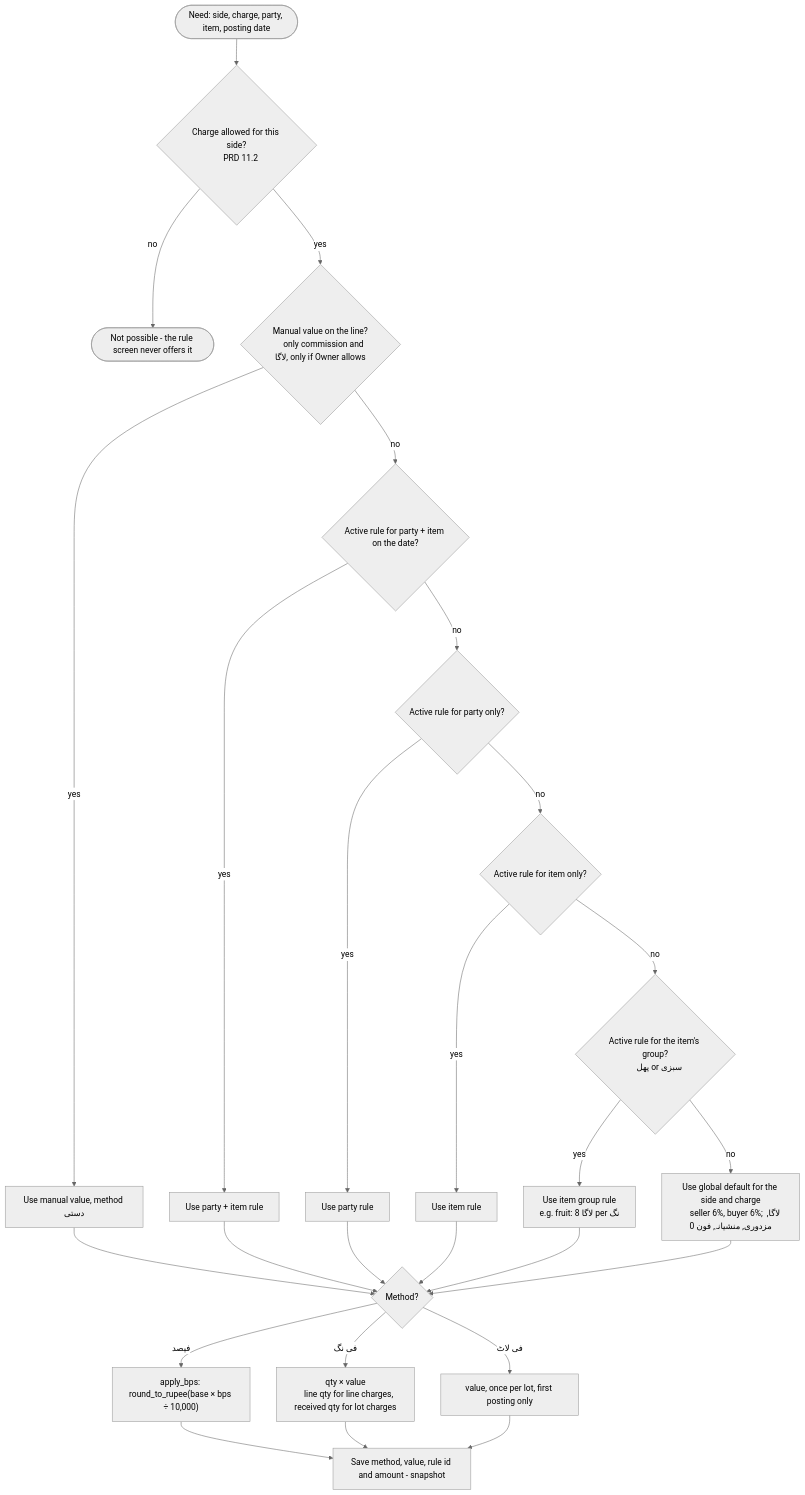
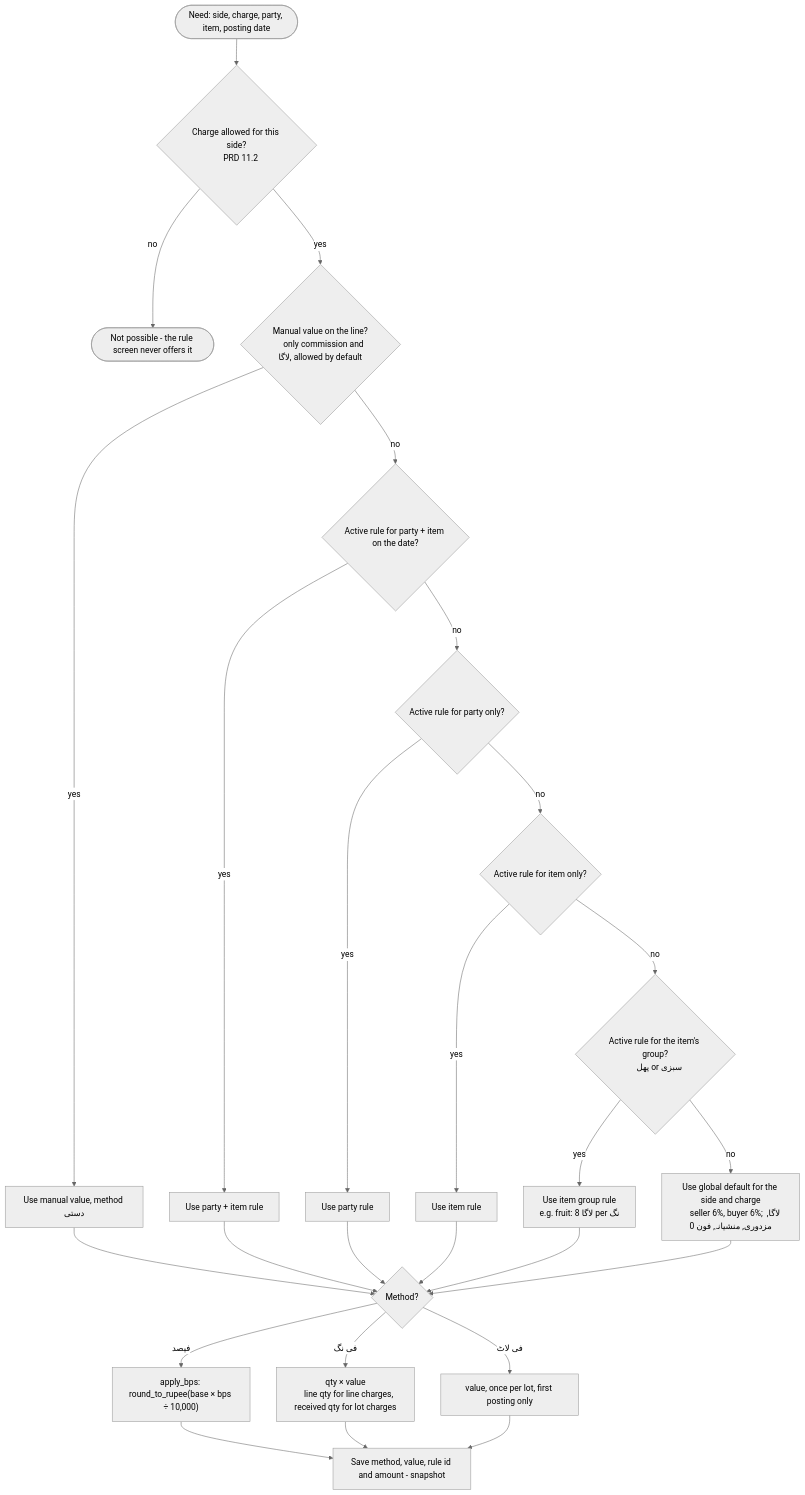
Before and after one commit to FaisalHanif12/Fruits-Mandi-Software: the ninth of 26 diagrams in .claude/rules/Architecture_v1.md, drawn with Mermaid (neutral theme). The commit also changed other lines of this file and 1119 other files, not shown here.

````diff
--- a/.claude/rules/Architecture_v1.md
+++ b/.claude/rules/Architecture_v1.md
@@ -347,27 +353,27 @@
 ```mermaid
 flowchart TD
     START(["Need: side, charge, party, item, posting date"]) --> ALLOW{"Charge allowed for this side?
     PRD 11.2"}
     ALLOW -- no --> NA(["Not possible - the rule screen never offers it"])
     ALLOW -- yes --> P1{"Manual value on the line?
-    only commission and لاگا, only if Owner allows"}
+    only commission and لاگا, allowed by default"}
     P1 -- yes --> USE1["Use manual value, method دستی"]
     P1 -- no --> P2{"Active rule for party + item on the date?"}
     P2 -- yes --> USE2["Use party + item rule"]
     P2 -- no --> P3{"Active rule for party only?"}
     P3 -- yes --> USE3["Use party rule"]
     P3 -- no --> P4{"Active rule for item only?"}
     P4 -- yes --> USE4["Use item rule"]
     P4 -- no --> P5{"Active rule for the item's group?
     پھل or سبزی"}
     P5 -- yes --> USE5["Use item group rule
     e.g. fruit: لاگا 8 per نگ"]
     P5 -- no --> USE6["Use global default for the side and charge
     seller 6%, buyer 6%; لاگا, مزدوری, منشیانہ, فون 0"]
     USE1 & USE2 & USE3 & USE4 & USE5 & USE6 --> M{"Method?"}
     M -- "فیصد" --> PCT["apply_bps: round_to_rupee(base × bps ÷ 10,000)"]
     M -- "فی نگ" --> PU["qty × value
     line qty for line charges, received qty for lot charges"]
     M -- "فی لاٹ" --> PL["value, once per lot, first posting only"]
     PCT & PU & PL --> SNAP["Save method, value, rule id and amount - snapshot"]
 ```
````
